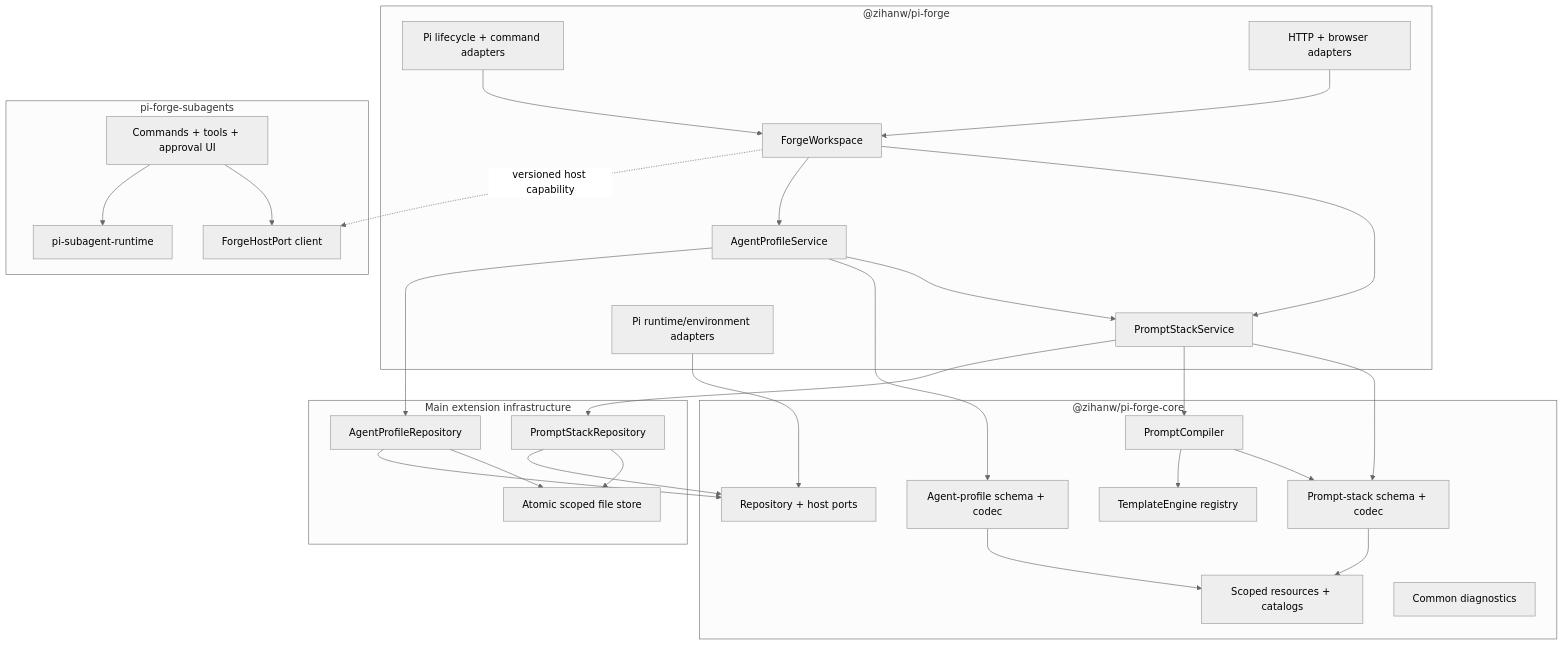
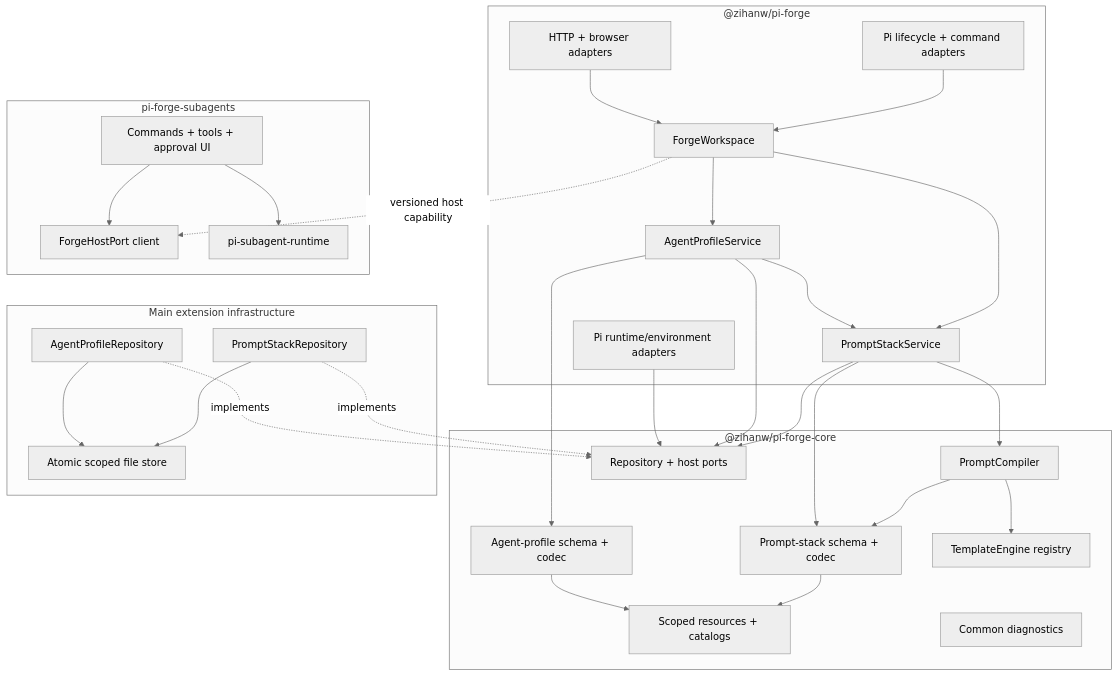
Before and after one commit to MacroSony/pi-forge: the second of 2 diagrams in docs/design/architecture-0.5.md, drawn with Mermaid (neutral theme). The commit also changed other lines of this file and 3 other files, not shown here.

````diff
--- a/docs/design/architecture-0.5.md
+++ b/docs/design/architecture-0.5.md
@@ -119,61 +154,61 @@
 ```mermaid
 flowchart TB
     subgraph Main["@zihanw/pi-forge"]
         PiAdapters["Pi lifecycle + command adapters"]
         WebAdapters["HTTP + browser adapters"]
         Workspace["ForgeWorkspace"]
         StackService["PromptStackService"]
         ProfileService["AgentProfileService"]
         PiPorts["Pi runtime/environment adapters"]
 
         PiAdapters --> Workspace
         WebAdapters --> Workspace
         Workspace --> StackService
         Workspace --> ProfileService
         ProfileService --> StackService
     end
 
     subgraph Core["@zihanw/pi-forge-core"]
         ResourceCore["Scoped resources + catalogs"]
         StackDomain["Prompt-stack schema + codec"]
         ProfileDomain["Agent-profile schema + codec"]
         Compiler["PromptCompiler"]
         Templates["TemplateEngine registry"]
         Diagnostics["Common diagnostics"]
         Ports["Repository + host ports"]
 
         Compiler --> StackDomain
         Compiler --> Templates
         StackDomain --> ResourceCore
         ProfileDomain --> ResourceCore
     end
 
     subgraph Infra["Main extension infrastructure"]
         StackRepo["PromptStackRepository"]
         ProfileRepo["AgentProfileRepository"]
         AtomicFiles["Atomic scoped file store"]
 
         StackRepo --> AtomicFiles
         ProfileRepo --> AtomicFiles
     end
 
     StackService --> StackDomain
     StackService --> Compiler
-    StackService --> StackRepo
+    StackService --> Ports
     ProfileService --> ProfileDomain
-    ProfileService --> ProfileRepo
+    ProfileService --> Ports
     PiPorts --> Ports
-    StackRepo --> Ports
-    ProfileRepo --> Ports
+    StackRepo -.->|implements| Ports
+    ProfileRepo -.->|implements| Ports
 
     subgraph Optional["pi-forge-subagents"]
         SubAdapters["Commands + tools + approval UI"]
         SubHost["ForgeHostPort client"]
         SubRuntime["pi-subagent-runtime"]
 
         SubAdapters --> SubHost
         SubAdapters --> SubRuntime
     end
 
     Workspace -. "versioned host capability" .-> SubHost
 ```
````
